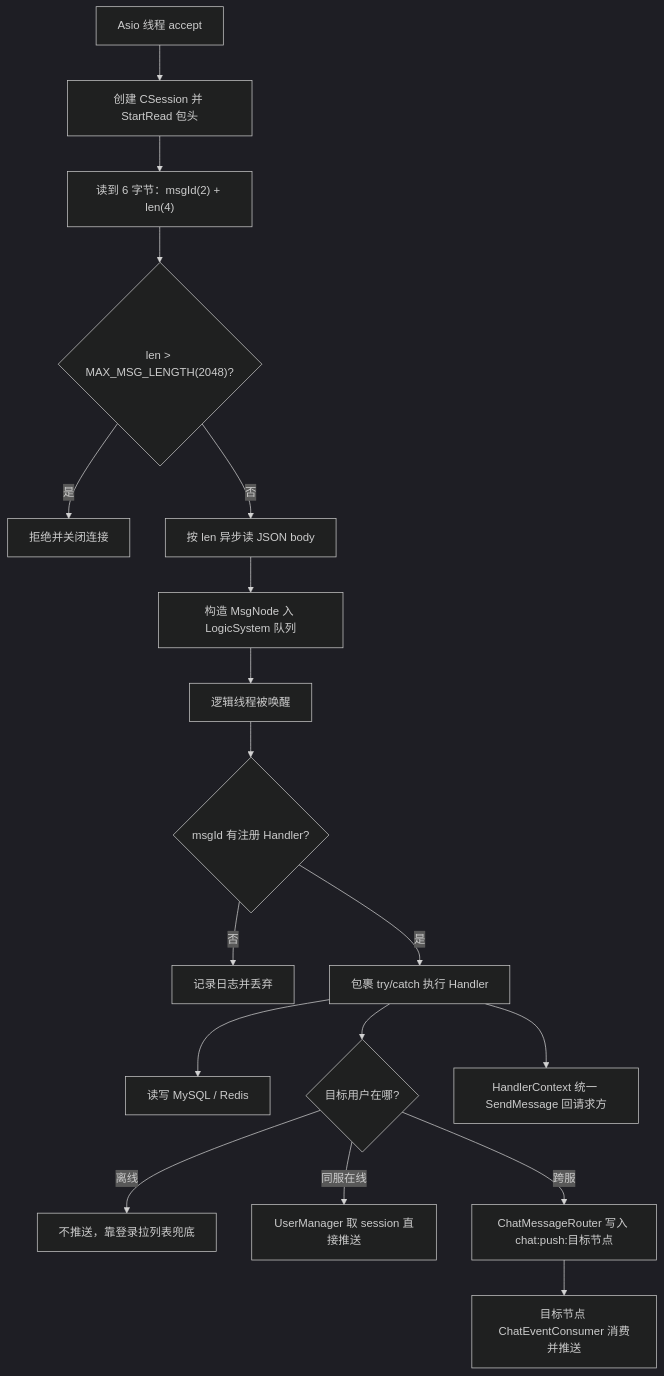
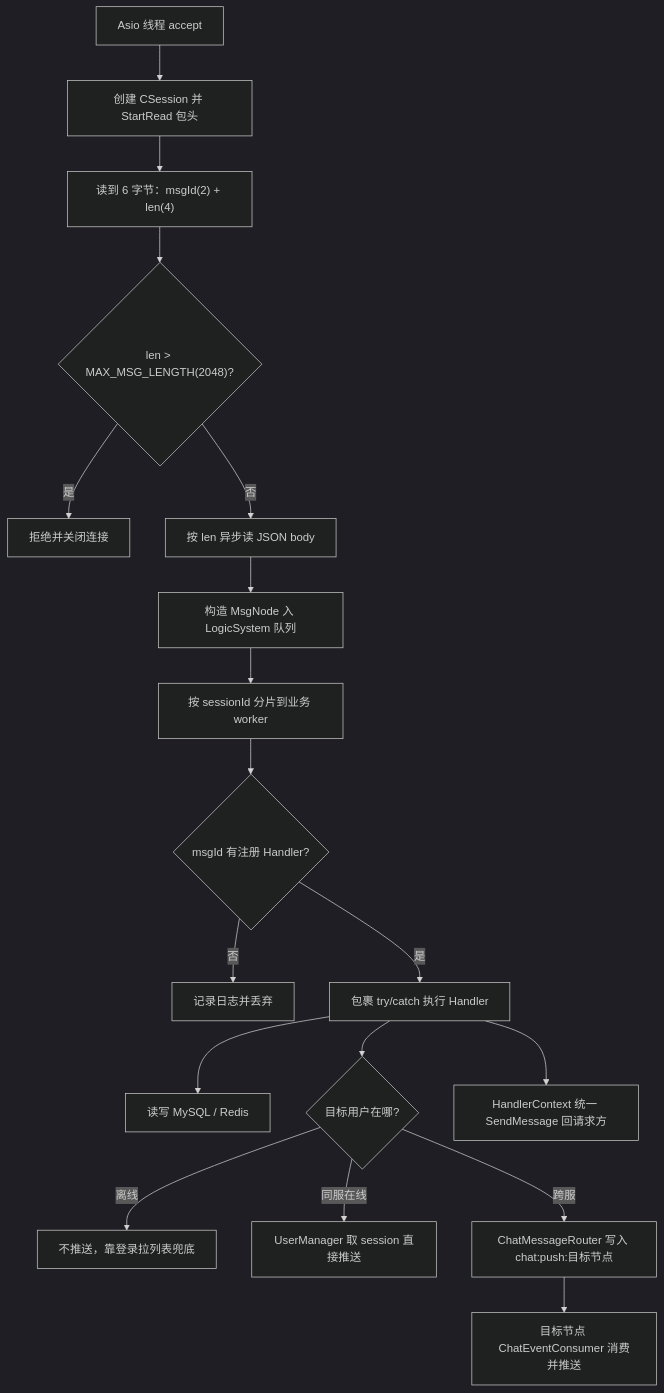
The first of 6 diagrams in Servers/ChatServer/README.md (codeT2001/MyChat), drawn with Mermaid (dark theme) before and after one commit. The commit also changed other lines of this file and 16 other files, not shown here.

````diff
--- a/Servers/ChatServer/README.md
+++ b/Servers/ChatServer/README.md
@@ -40,20 +40,20 @@
 ```mermaid
 flowchart TD
     ACC[Asio 线程 accept] --> S[创建 CSession 并 StartRead 包头]
     S --> H["读到 6 字节：msgId(2) + len(4)"]
     H --> CHK{"len > MAX_MSG_LENGTH(2048)?"}
     CHK -- 是 --> CLOSE[拒绝并关闭连接]
     CHK -- 否 --> B[按 len 异步读 JSON body]
     B --> N[构造 MsgNode 入 LogicSystem 队列]
-    N --> W[逻辑线程被唤醒]
+    N --> W[按 sessionId 分片到业务 worker]
     W --> HF{"msgId 有注册 Handler?"}
     HF -- 否 --> DROP[记录日志并丢弃]
     HF -- 是 --> EX[包裹 try/catch 执行 Handler]
     EX --> DS[读写 MySQL / Redis]
     EX --> RT{"目标用户在哪?"}
     RT -- 离线 --> OFF[不推送，靠登录拉列表兜底]
     RT -- 同服在线 --> LOC[UserManager 取 session 直接推送]
     RT -- 跨服 --> EVT[ChatMessageRouter 写入 chat:push:目标节点]
     EVT --> CON[目标节点 ChatEventConsumer 消费并推送]
     EX --> R[HandlerContext 统一 SendMessage 回请求方]
 ```
````
